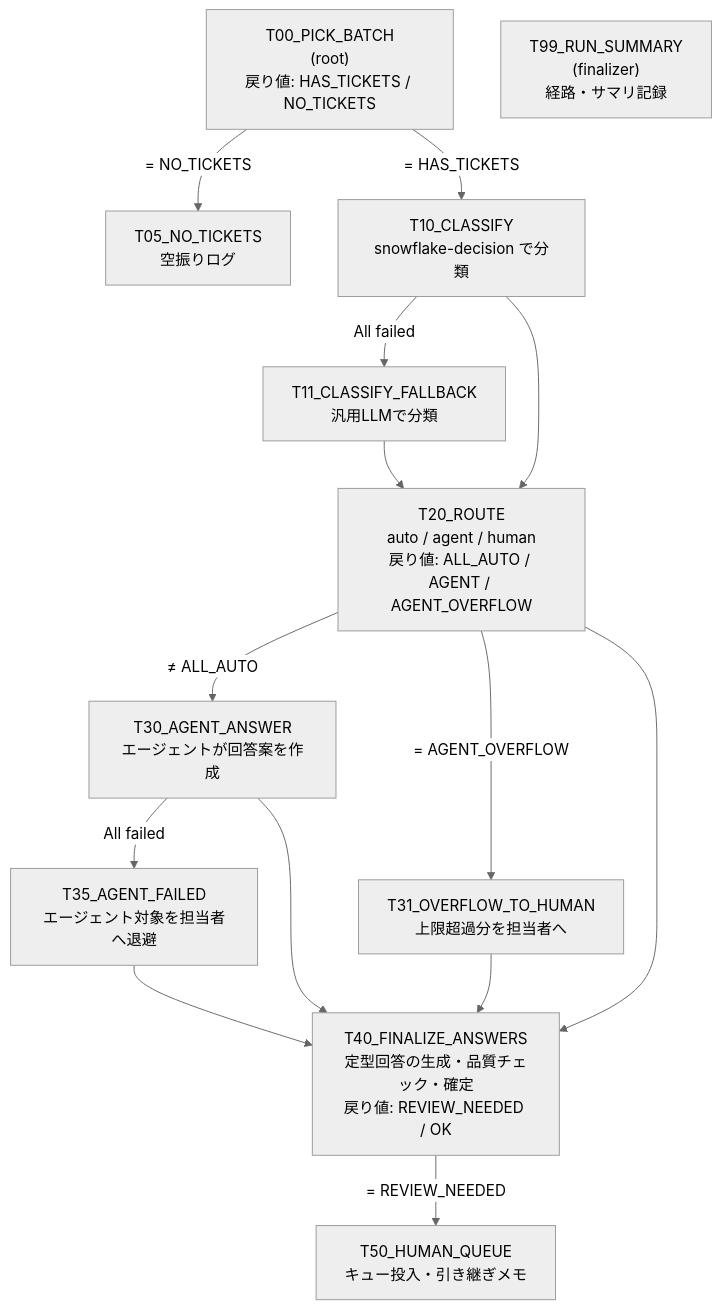
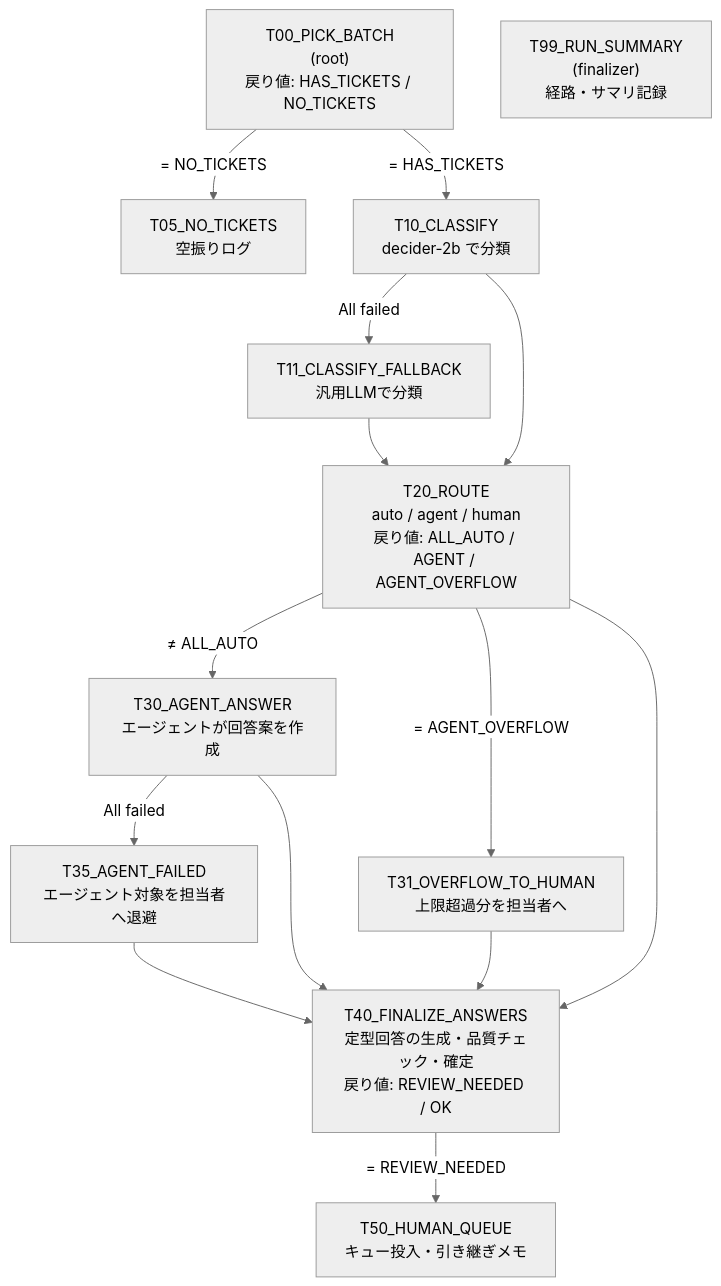
Before and after one commit to takimiko-gohan/sf-agent-workflow-pipeline: the diagram in README.md, drawn with Mermaid (neutral theme). The commit also changed other lines of this file and 10 other files, not shown here.

````diff
--- a/README.md
+++ b/README.md
@@ -19,28 +23,28 @@
 ```mermaid
 flowchart TD
   T00["T00_PICK_BATCH<br/>(root)<br/>戻り値: HAS_TICKETS / NO_TICKETS"]
   T05["T05_NO_TICKETS<br/>空振りログ"]
-  T10["T10_CLASSIFY<br/>snowflake-decision で分類"]
+  T10["T10_CLASSIFY<br/>decider-2b で分類"]
   T11["T11_CLASSIFY_FALLBACK<br/>汎用LLMで分類"]
   T20["T20_ROUTE<br/>auto / agent / human<br/>戻り値: ALL_AUTO / AGENT / AGENT_OVERFLOW"]
   T30["T30_AGENT_ANSWER<br/>エージェントが回答案を作成"]
   T31["T31_OVERFLOW_TO_HUMAN<br/>上限超過分を担当者へ"]
   T35["T35_AGENT_FAILED<br/>エージェント対象を担当者へ退避"]
   T40["T40_FINALIZE_ANSWERS<br/>定型回答の生成・品質チェック・確定<br/>戻り値: REVIEW_NEEDED / OK"]
   T50["T50_HUMAN_QUEUE<br/>キュー投入・引き継ぎメモ"]
   T99["T99_RUN_SUMMARY<br/>(finalizer)<br/>経路・サマリ記録"]
 
   T00 -- "= NO_TICKETS" --> T05
   T00 -- "= HAS_TICKETS" --> T10
   T10 -- "All failed" --> T11
   T10 --> T20
   T11 --> T20
   T20 -- "≠ ALL_AUTO" --> T30
   T20 -- "= AGENT_OVERFLOW" --> T31
   T30 -- "All failed" --> T35
   T20 --> T40
   T30 --> T40
   T31 --> T40
   T35 --> T40
   T40 -- "= REVIEW_NEEDED" --> T50
 ```
````
